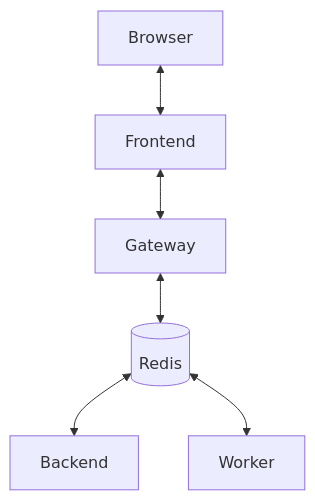
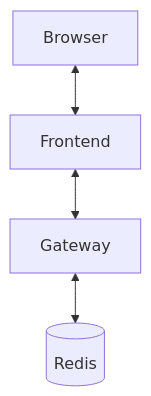
One commit to ikanher/collatex changed the diagram in README.md. Above: the diagram before and after it, drawn with Mermaid. The commit also changed other lines of this file and 78 other files, not shown here.

````diff
--- a/README.md
+++ b/README.md
@@ -105,8 +67,6 @@
 ```mermaid
 graph TD
   browser[Browser] <--> frontend[Frontend]
   frontend <--> gateway[Gateway]
   gateway <--> redis[(Redis)]
-  redis <--> backend[Backend]
-  redis <--> worker[Worker]
 ```
````
